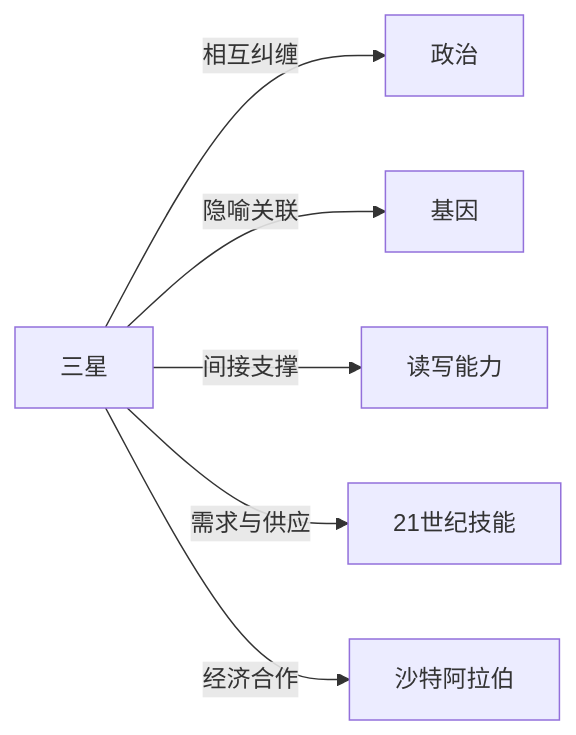
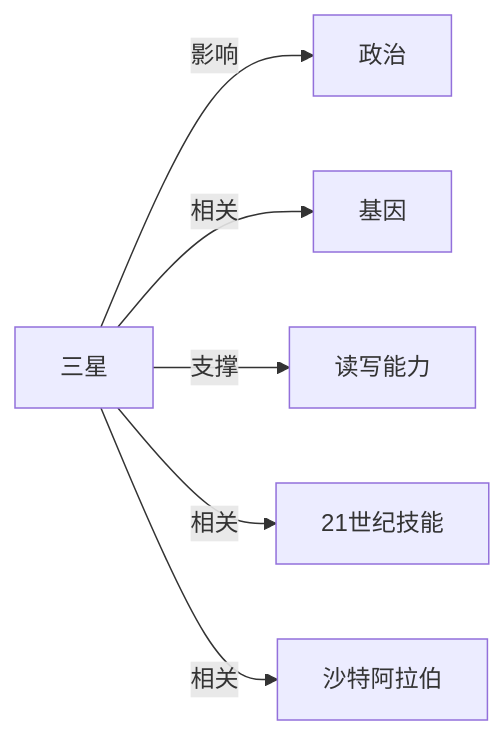
Before and after one commit to KIMMCHOW/MyKnowledge: the diagram in Knowledge/Concepts/经济/三星.md, drawn with Mermaid. The commit also changed 95 other files, not shown here.

Commit message:
reorganize: 统一关系图边标签为11类

````diff
--- a/Knowledge/Concepts/经济/三星.md
+++ b/Knowledge/Concepts/经济/三星.md
@@ -46,8 +46,8 @@
 ```mermaid
 graph LR
-三星 -->|相互纠缠| 政治
-三星 -->|隐喻关联| 基因
-三星 -->|间接支撑| 读写能力
-三星 -->|需求与供应| 21世纪技能
-三星 -->|经济合作| 沙特阿拉伯
+三星 -->|影响| 政治
+三星 -->|相关| 基因
+三星 -->|支撑| 读写能力
+三星 -->|相关| 21世纪技能
+三星 -->|相关| 沙特阿拉伯
 ```
````
